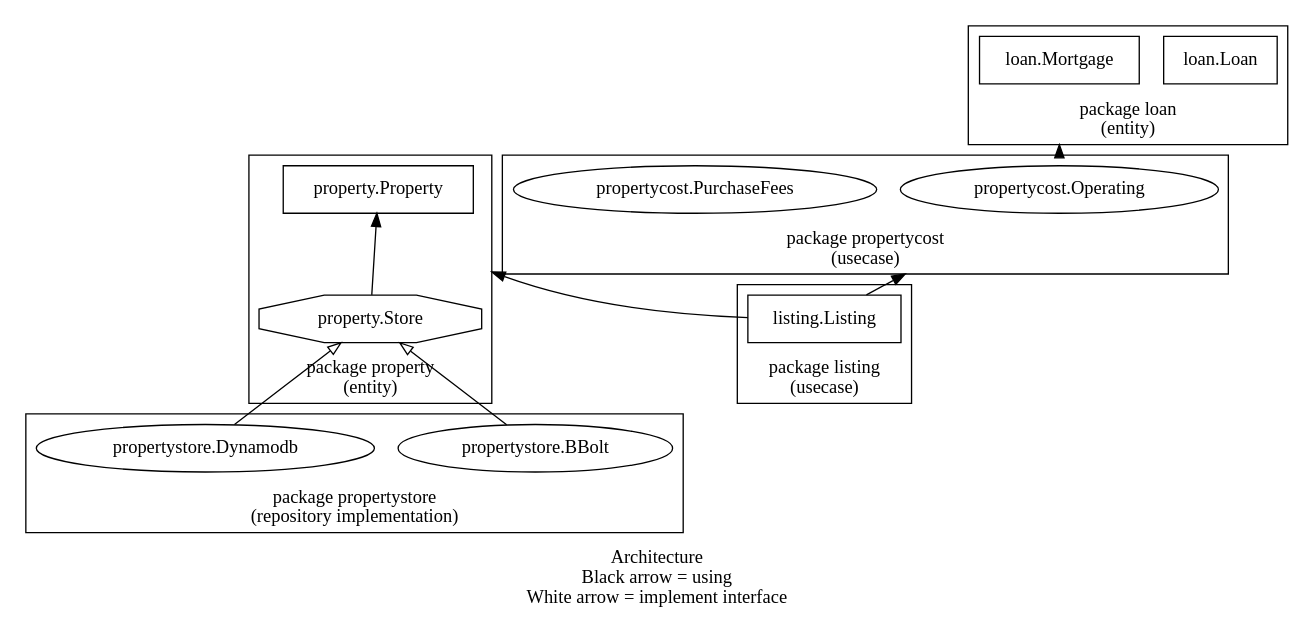
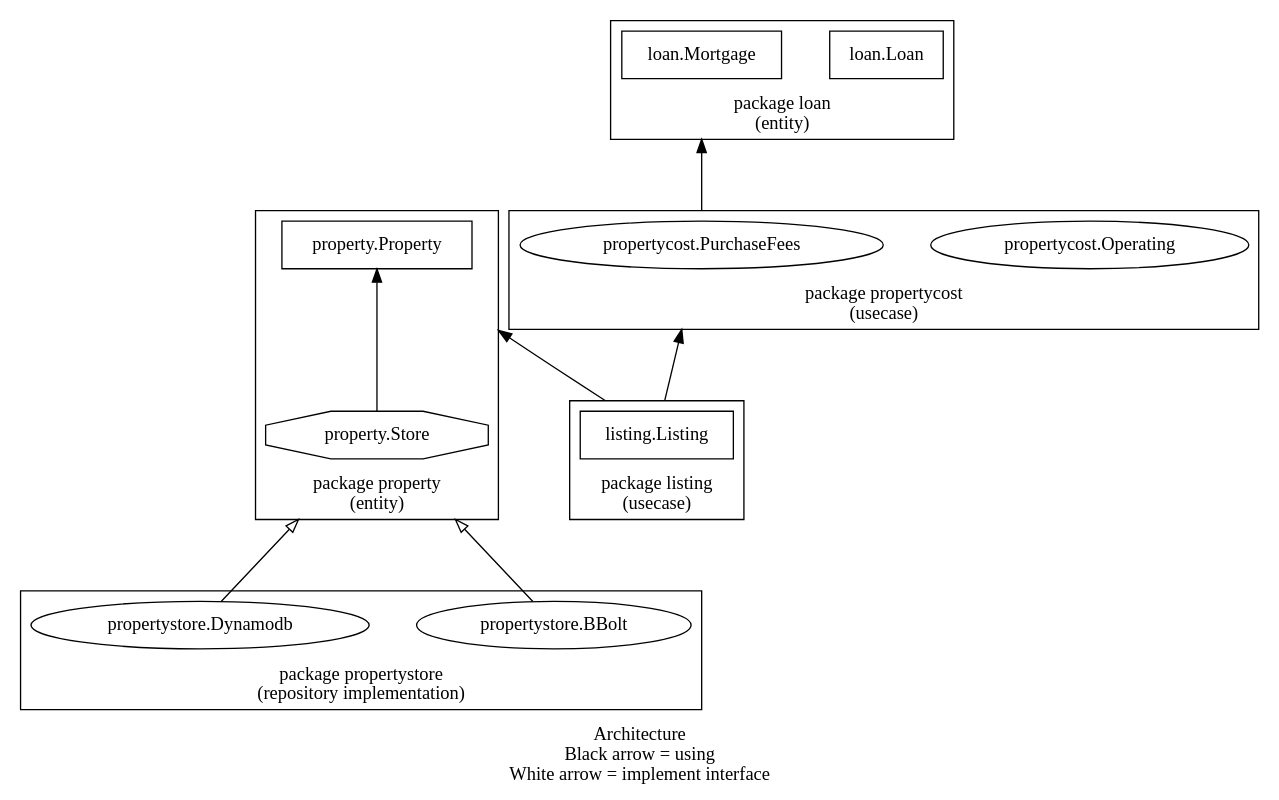
The diagram in docs/architecture.gv (Jumziey/propertycompare), drawn with Graphviz before and after one commit.

Commit message:
Updated the look of the architecture sketch

```diff
--- a/docs/architecture.gv
+++ b/docs/architecture.gv
@@ -1,41 +1,42 @@
 digraph Architecture { 
 	compound=true
+	graph [pad="0", nodesep="0.5", ranksep="1.5"];
 	rankdir=BT
 	label="Architecture \n Black arrow = using \n White arrow = implement interface"
 
 	
 	subgraph cluster_property_entity {
 		label="package property\n(entity)"
 		property[label="property.Property", shape="rectangle"]
 		propertystore[label="property.Store", shape="octagon"]
 		propertystore->property
 	}
 
 	subgraph cluster_loan_entity {
 		label="package loan \n(entity)"
 		loan[label="loan.Loan", shape="rectangle"]
 		mortgage[label="loan.Mortgage", shape="rectangle"]
 	}
 
 	subgraph cluster_propertycost_usecase {
 		label="package propertycost\n(usecase)"
 		operatingcosts[label="propertycost.Operating"]
 		purchasefees[label="propertycost.PurchaseFees"]
 	}
-	operatingcosts->mortgage[ltail=cluster_propertycost_usecase, lhead=cluster_loan_entity]
+	purchasefees->mortgage[ltail=cluster_propertycost_usecase, lhead=cluster_loan_entity]
 	
 	subgraph cluster_propertystore_entity {
 		label="package propertystore\n(repository implementation)"
 		bbolt[label="propertystore.BBolt"]
 		dynamodb[label="propertystore.Dynamodb"]
 	}
-	bbolt->propertystore[arrowhead="onormal"]
-	dynamodb->propertystore[arrowhead="onormal"]
+	bbolt->propertystore[arrowhead="onormal", lhead=cluster_property_entity]
+	dynamodb->propertystore[arrowhead="onormal", lhead=cluster_property_entity]
 
 	subgraph cluster_listing_usecase {
 		label="package listing\n(usecase)"
 		listing[label="listing.Listing", shape="rectangle"]
 	}
-	listing->property[lhead=cluster_property_entity]
-	listing->operatingcosts[lhead=cluster_propertycost_usecase]
+	listing->property[ltail=cluster_listing_usecase, lhead=cluster_property_entity]
+	listing->purchasefees[ltail=cluster_listing_usecase, lhead=cluster_propertycost_usecase]
 }
```
